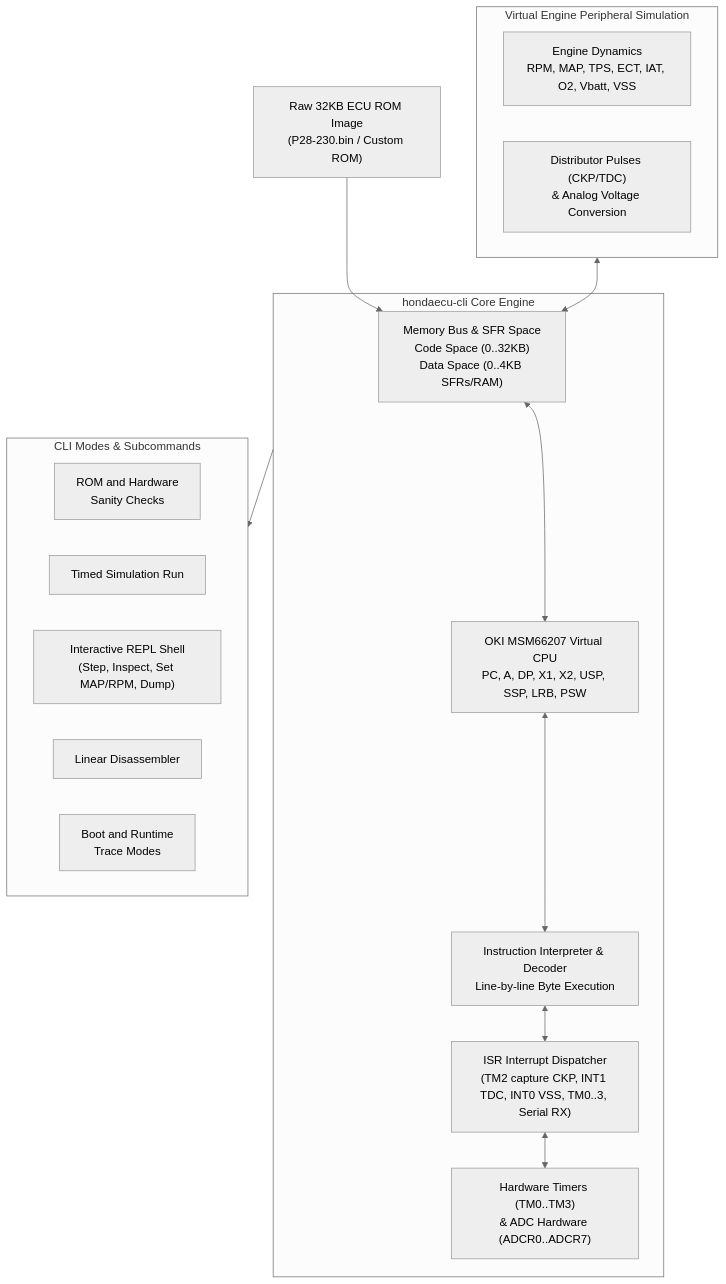
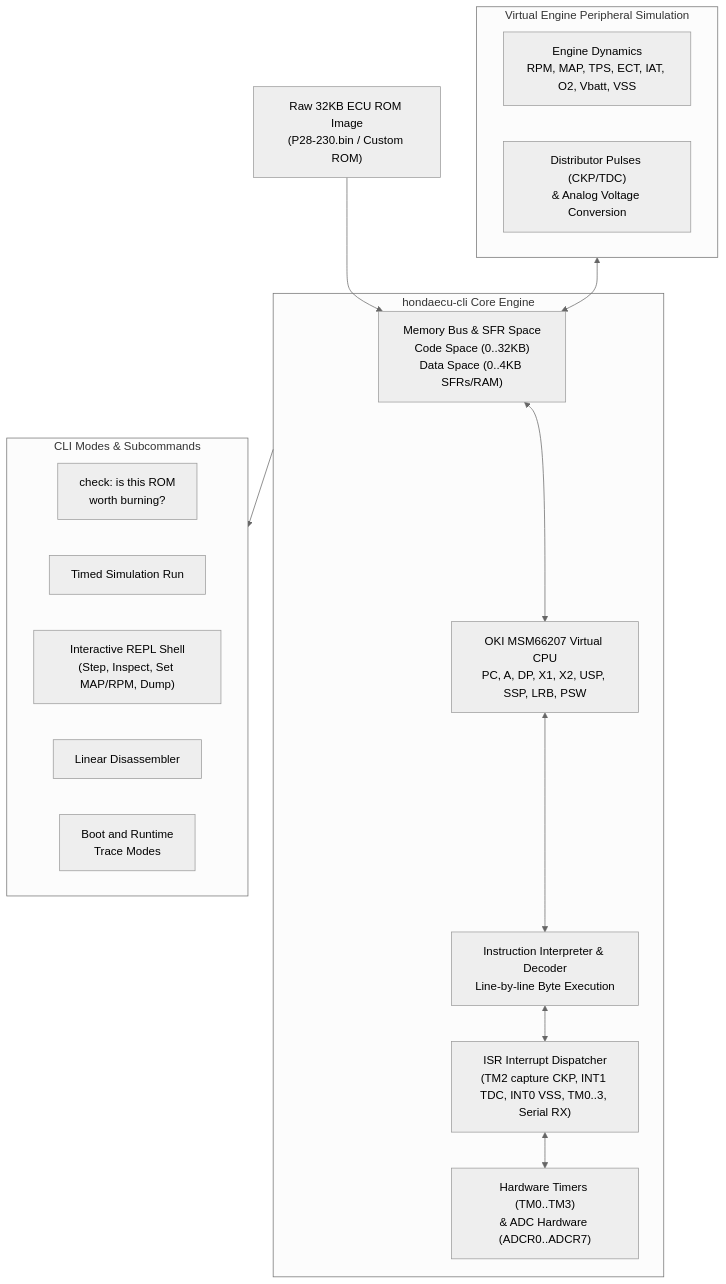
One commit to VIRUXE/hondaecu-cli changed the diagram in README.md. Above: the diagram before and after it, drawn with Mermaid (neutral theme). The commit also changed other lines of this file and 6 other files, not shown here.

First line of the commit message:
feat: check command replaces the hollow test suite

````diff
--- a/README.md
+++ b/README.md
@@ -23,32 +24,32 @@
 ```mermaid
 flowchart TD
     ROM["Raw 32KB ECU ROM Image<br/>(P28-230.bin / Custom ROM)"] --> Bus
     
     subgraph Core ["hondaecu-cli Core Engine"]
         CPU["OKI MSM66207 Virtual CPU<br/>PC, A, DP, X1, X2, USP, SSP, LRB, PSW"]
         Interp["Instruction Interpreter & Decoder<br/>Line-by-line Byte Execution"]
         Bus["Memory Bus & SFR Space<br/>Code Space (0..32KB)<br/>Data Space (0..4KB SFRs/RAM)"]
         Timers["Hardware Timers (TM0..TM3)<br/>& ADC Hardware (ADCR0..ADCR7)"]
         ISRs["ISR Interrupt Dispatcher<br/>(TM2 capture CKP, INT1 TDC, INT0 VSS, TM0..3, Serial RX)"]
     end
     
     subgraph EngineSim ["Virtual Engine Peripheral Simulation"]
         Engine["Engine Dynamics<br/>RPM, MAP, TPS, ECT, IAT, O2, Vbatt, VSS"]
         Signals["Distributor Pulses (CKP/TDC)<br/>& Analog Voltage Conversion"]
     end
     
     subgraph Modes ["CLI Modes & Subcommands"]
-        Test["ROM and Hardware<br/>Sanity Checks"]
+        Check["check: is this ROM<br/>worth burning?"]
         Run["Timed Simulation Run"]
         REPL["Interactive REPL Shell<br/>(Step, Inspect, Set MAP/RPM, Dump)"]
         Disasm["Linear Disassembler"]
         Trace["Boot and Runtime<br/>Trace Modes"]
     end
 
     Bus <--> CPU
     CPU <--> Interp
     EngineSim <--> Bus
     Interp <--> ISRs
     ISRs <--> Timers
     Core --> Modes
 ```
````
